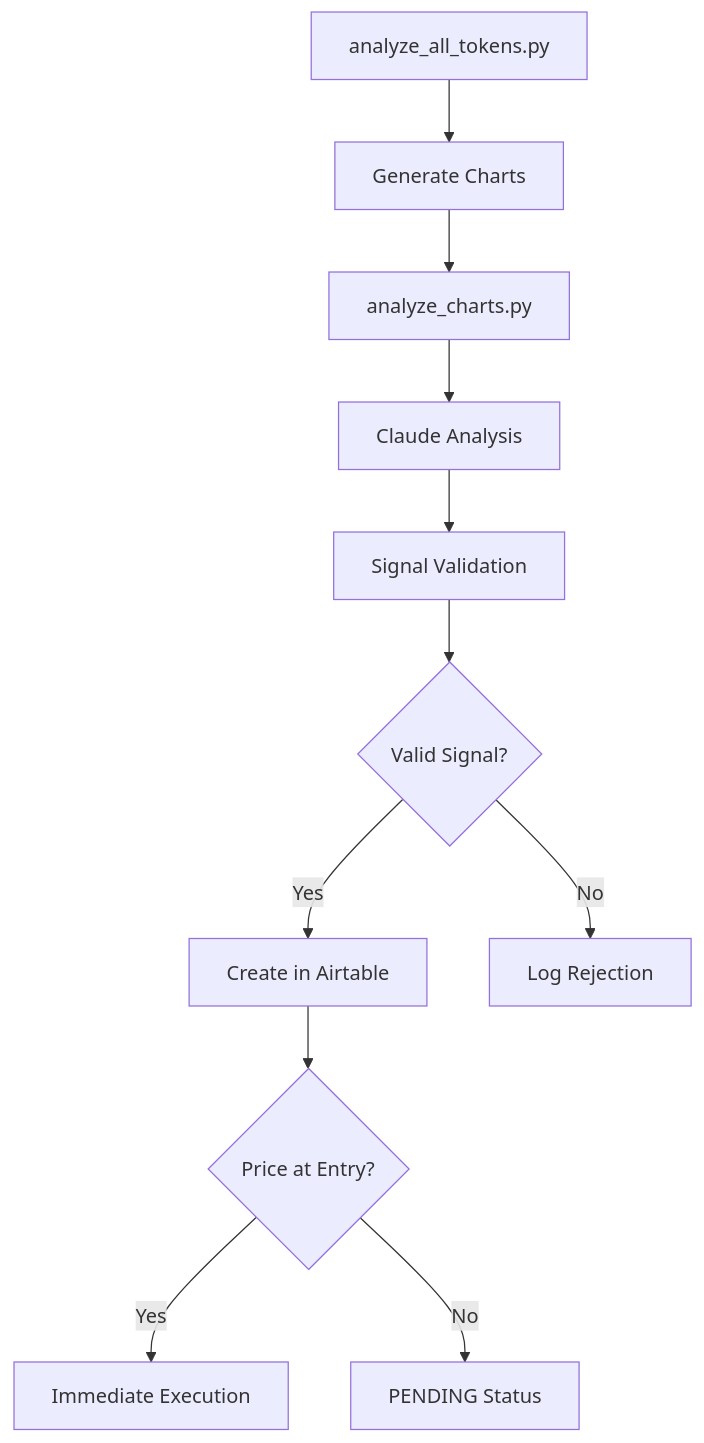
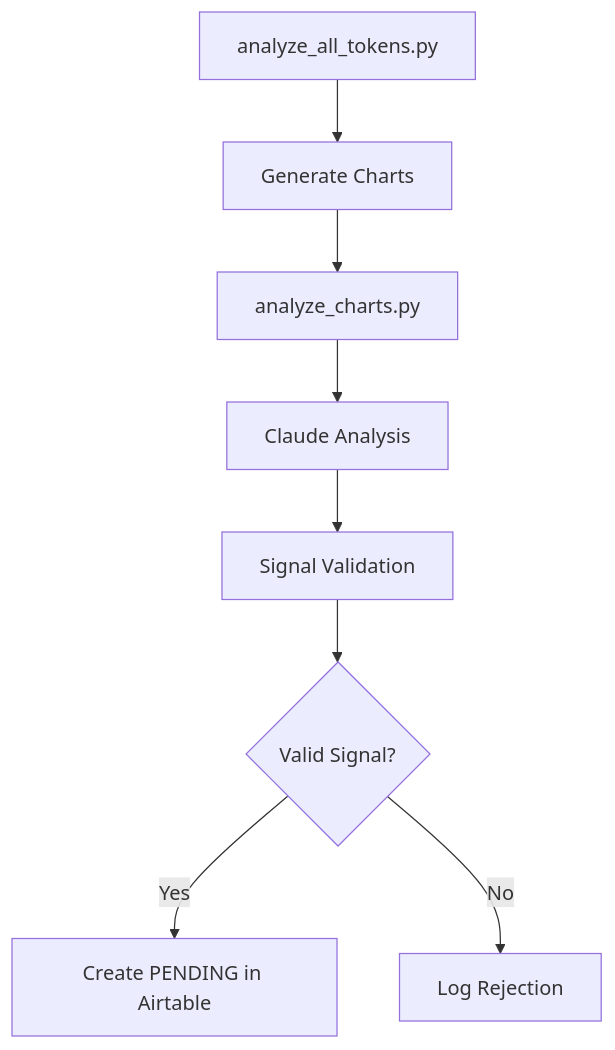
One commit to Universal-Basic-Compute/kinkong changed the first of 4 diagrams in knowledge/technical-flows.md. Above: the diagram before and after it, drawn with Mermaid. The commit also changed other lines of this file and 1 other file, not shown here.

Commit message:
feat: Implement rate-limited trade monitoring with batched execution

````diff
--- a/knowledge/technical-flows.md
+++ b/knowledge/technical-flows.md
@@ -6,13 +8,10 @@
 ```mermaid
 graph TD
     A[analyze_all_tokens.py] --> B[Generate Charts]
     B --> C[analyze_charts.py]
     C --> D[Claude Analysis]
     D --> E[Signal Validation]
     E --> F{Valid Signal?}
-    F -->|Yes| G[Create in Airtable]
+    F -->|Yes| G[Create PENDING in Airtable]
     F -->|No| H[Log Rejection]
-    G --> I{Price at Entry?}
-    I -->|Yes| J[Immediate Execution]
-    I -->|No| K[PENDING Status]
 ```
````
